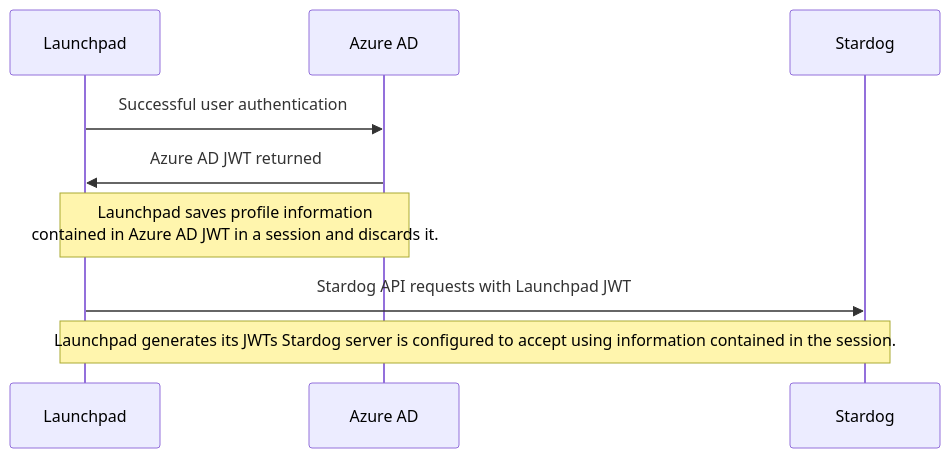
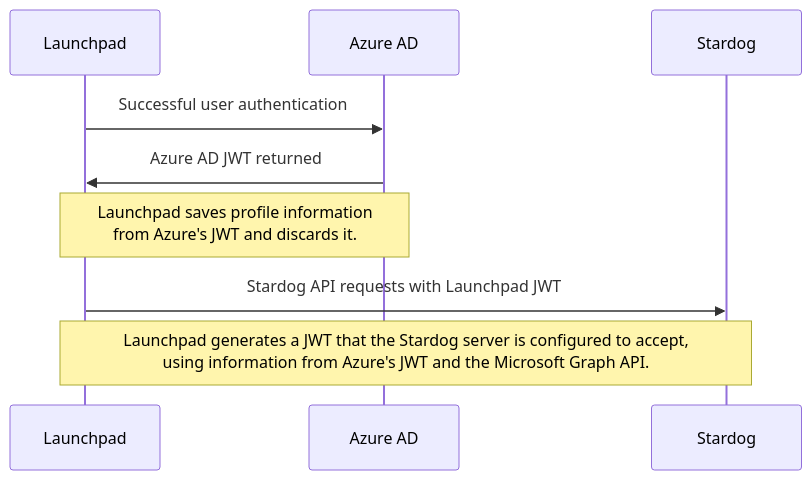
Before and after one commit to stardog-union/launchpad-docs: the diagram in azure/README.md, drawn with Mermaid. The commit also changed other lines of this file and 11 other files, not shown here.

First line of the commit message:
[CLOUD-1352] Adding doc for Launchpad's Azure access token passthrough mode and for using a client cert (#16)

````diff
--- a/azure/README.md
+++ b/azure/README.md
@@ -33,8 +37,8 @@
 ```mermaid
 sequenceDiagram
   Launchpad->>Azure AD: Successful user authentication
   Azure AD->>Launchpad: Azure AD JWT returned
-  Note over Azure AD,Launchpad: Launchpad saves profile information <br> contained in Azure AD JWT in a session and discards it.
+  Note over Azure AD,Launchpad: Launchpad saves profile information <br> from Azure's JWT and discards it.
   Launchpad->>Stardog: Stardog API requests with Launchpad JWT
-  Note over Launchpad,Stardog: Launchpad generates its JWTs Stardog server is configured to accept using information contained in the session.
+  Note over Launchpad,Stardog: Launchpad generates a JWT that the Stardog server is configured to accept, <br> using information from Azure's JWT and the Microsoft Graph API.
 ```
````
